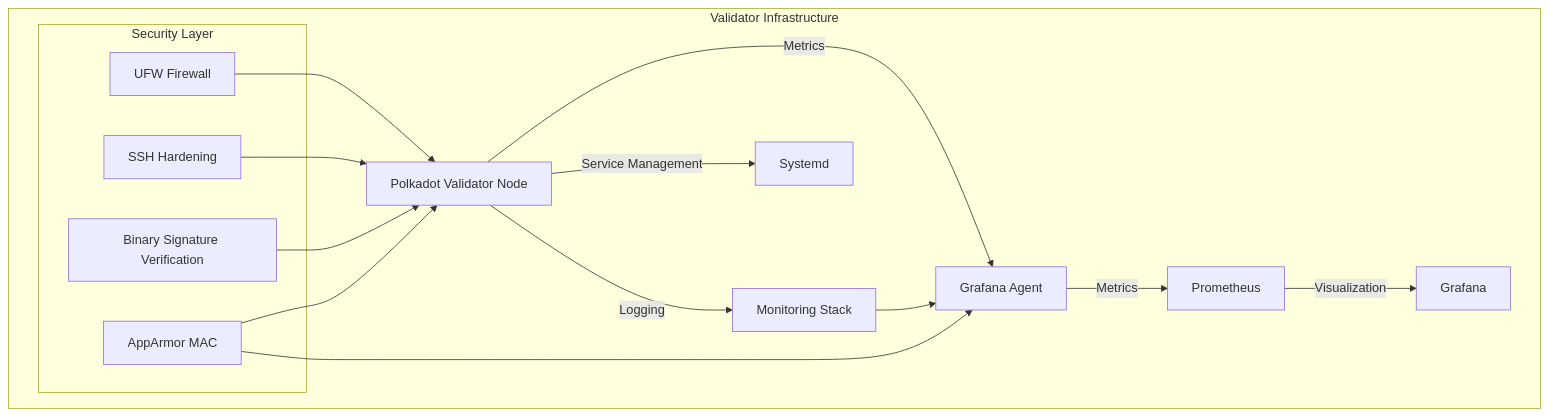
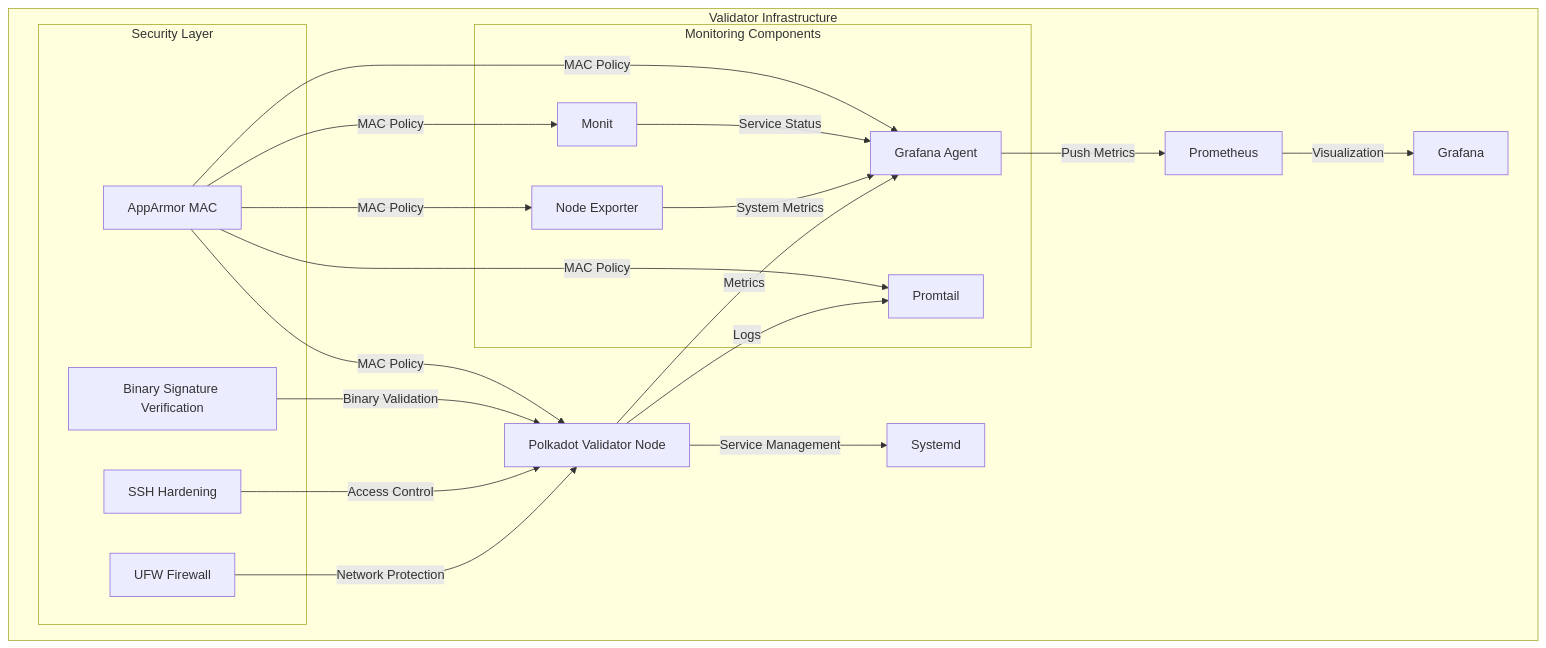
The first of 2 diagrams in README.md (pampatzoglou/provision-validators), drawn with Mermaid before and after one commit. The commit also changed other lines of this file and 2 other files, not shown here.

Commit message:
update README files

````diff
--- a/README.md
+++ b/README.md
@@ -24,24 +24,36 @@
 ```mermaid
 graph TD
     subgraph Validator Infrastructure
         A[Polkadot Validator Node] --> |Metrics| B[Grafana Agent]
-        B --> |Metrics| C[Prometheus]
+        B --> |Push Metrics| C[Prometheus]
         C --> |Visualization| D[Grafana]
-        A --> |Logging| E[Monitoring Stack]
-        A --> |Service Management| F[Systemd]
         
         subgraph Security Layer
             G[UFW Firewall]
             H[SSH Hardening]
             I[Binary Signature Verification]
             J[AppArmor MAC]
         end
+
+        subgraph Monitoring Components
+            B
+            K[Node Exporter]
+            L[Promtail]
+            M[Monit]
+        end
+
+        A --> |Logs| L
+        K --> |System Metrics| B
+        M --> |Service Status| B
+        A --> |Service Management| N[Systemd]
     end
 
-    E --> B
-    G --> A
-    H --> A
-    I --> A
-    J --> A
-    J --> B
+    G --> |Network Protection| A
+    H --> |Access Control| A
+    I --> |Binary Validation| A
+    J --> |MAC Policy| A
+    J --> |MAC Policy| B
+    J --> |MAC Policy| K
+    J --> |MAC Policy| L
+    J --> |MAC Policy| M
 ```
````
